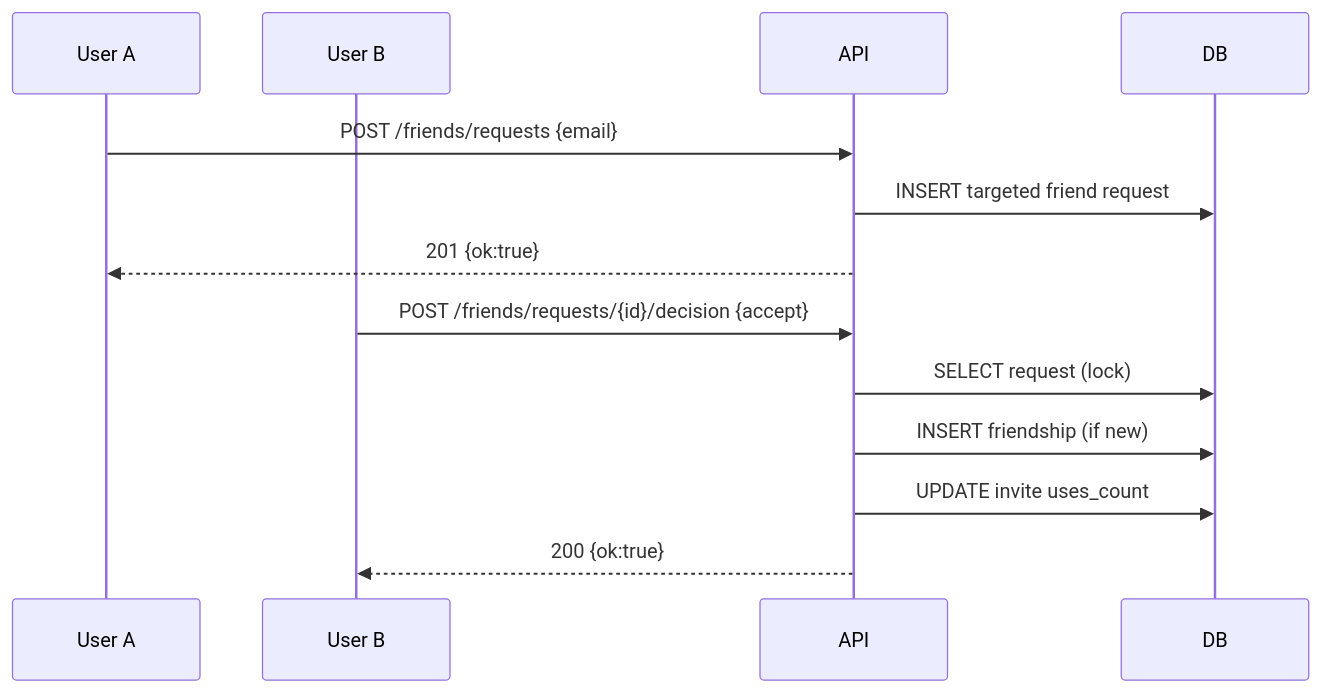
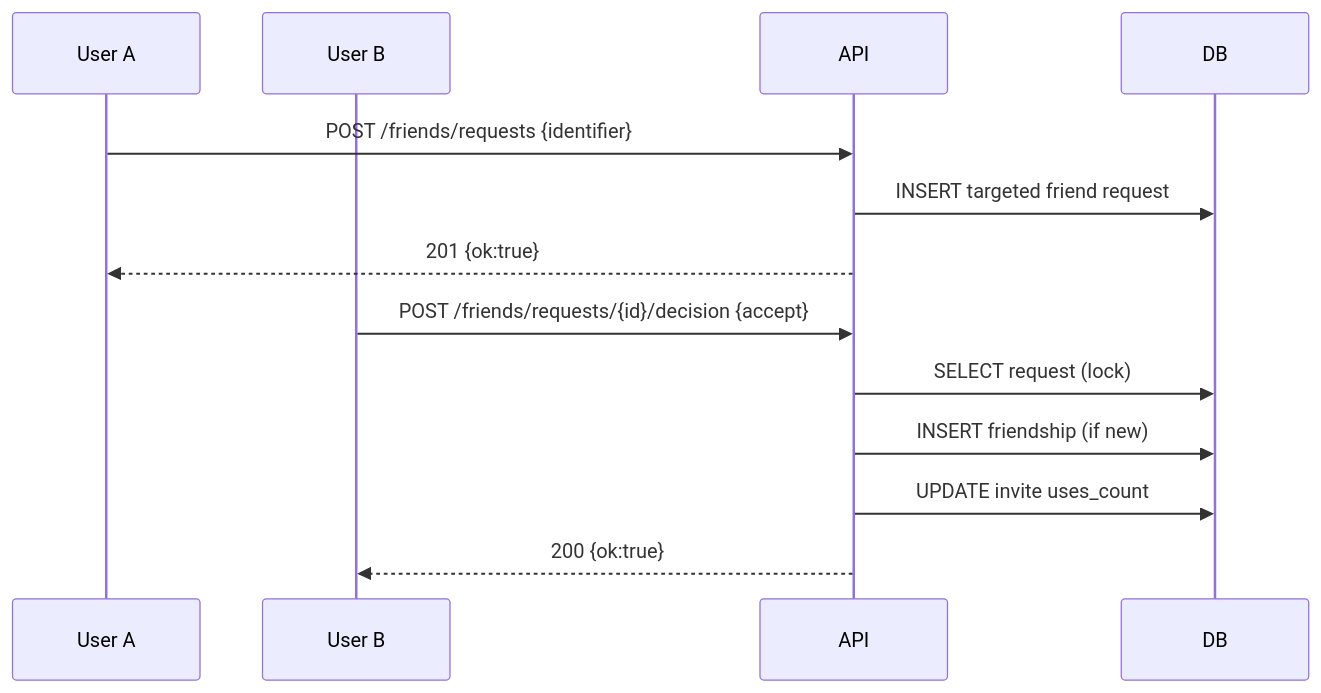
Before and after one commit to noelys215/arbiter-api: the second of 4 diagrams in README.md, drawn with Mermaid. The commit also changed 15 other files, not shown here.

Commit message:
feat(friends): support requests by unique account name

````diff
--- a/README.md
+++ b/README.md
@@ -395,17 +395,17 @@
 ```mermaid
 sequenceDiagram
   participant A as User A
   participant B as User B
   participant API
   participant DB
 
-  A->>API: POST /friends/requests {email}
+  A->>API: POST /friends/requests {identifier}
   API->>DB: INSERT targeted friend request
   API-->>A: 201 {ok:true}
 
   B->>API: POST /friends/requests/{id}/decision {accept}
   API->>DB: SELECT request (lock)
   API->>DB: INSERT friendship (if new)
   API->>DB: UPDATE invite uses_count
   API-->>B: 200 {ok:true}
 ```
````
